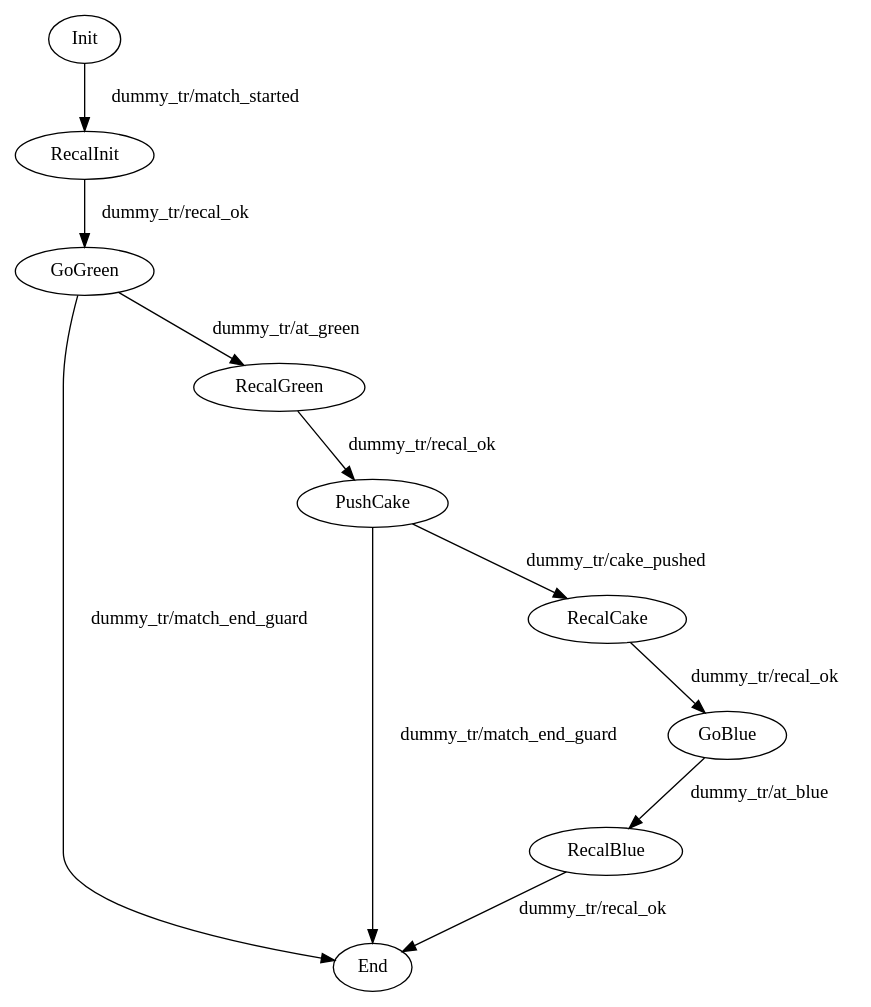
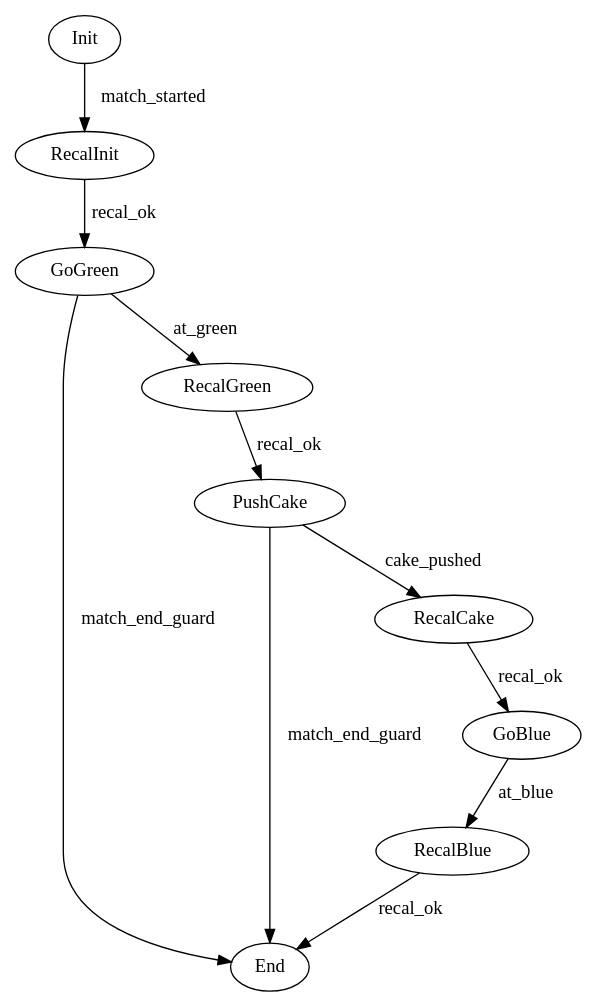
Before and after one commit to ENACRobotique/robot_rpi_2023: the diagram in src/strategieRobot/strategy_test.dot, drawn with Graphviz. The commit also changed 1 other file, not shown here.

Commit message:
updated code to match g2s new syntax

```diff
--- a/src/strategieRobot/strategy_test.dot
+++ b/src/strategieRobot/strategy_test.dot
@@ -1,23 +1,23 @@
 #init Init
 digraph statemachine {
-    Init [comment="init_enter/init_leave"]
-    End  [comment="end_enter"]
-    GoGreen [comment="gogreen_enter"]
-    PushCake [comment="pushcake_enter/pushcake_leave"]
-    GoBlue  [comment="goblue_enter/goblue_leave"]
-    RecalInit [comment="debut_recal"]
-    RecalGreen [comment="debut_recal"]
-    RecalCake [comment="debut_recal"]
-    RecalBlue [comment="debut_recal"]
+    Init [comment="enter:init_enter;leave:init_leave"]
+    End  [comment="enter:end_enter"]
+    GoGreen [comment="enter:gogreen_enter;loop:loop_gogreen"]
+    PushCake [comment="enter:pushcake_enter;leave:pushcake_leave"]
+    GoBlue  [comment="enter:goblue_enter;leave:goblue_leave"]
+    RecalInit [comment="enter:debut_recal"]
+    RecalGreen [comment="enter:debut_recal"]
+    RecalCake [comment="enter:debut_recal"]
+    RecalBlue [comment="enter:debut_recal"]
 
-    Init -> RecalInit [label="dummy_tr/match_started"]
-    RecalInit -> GoGreen [label="dummy_tr/recal_ok"]
-    GoGreen -> RecalGreen [label="dummy_tr/at_green"]
-    RecalGreen -> PushCake [label="dummy_tr/recal_ok"]
-    PushCake -> RecalCake [label="dummy_tr/cake_pushed"]
-    RecalCake -> GoBlue [label="dummy_tr/recal_ok"]
-    GoBlue -> RecalBlue [label="dummy_tr/at_blue"]
-    RecalBlue -> End [label="dummy_tr/recal_ok"]
-    {GoGreen PushCake} -> End [label="dummy_tr/match_end_guard"]
+    Init -> RecalInit [label="match_started"]
+    RecalInit -> GoGreen [label="recal_ok"]
+    GoGreen -> RecalGreen [label="at_green"]
+    RecalGreen -> PushCake [label="recal_ok"]
+    PushCake -> RecalCake [label="cake_pushed"]
+    RecalCake -> GoBlue [label="recal_ok"]
+    GoBlue -> RecalBlue [label="at_blue"]
+    RecalBlue -> End [label="recal_ok"]
+    {GoGreen PushCake} -> End [label="match_end_guard"]
 
 }
```
